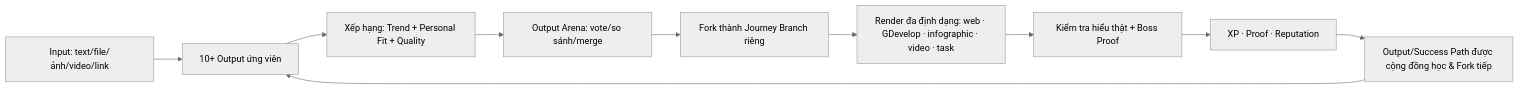
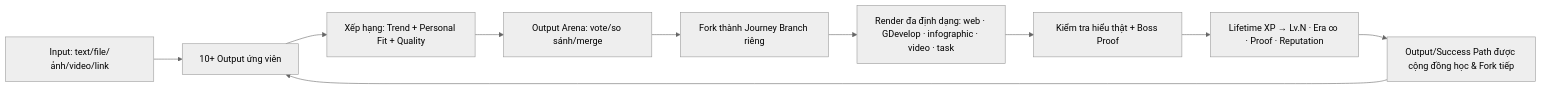
Before and after one commit to khanhlegood1/GDevelop: the diagram in branding/GON-GameOfNurture/07-Product-AI/GON-TRENDING-PERSONALIZED-OUTPUT-REQUIREMENTS.md, drawn with Mermaid (neutral theme). The commit also changed other lines of this file and 17 other files, not shown here.

````diff
--- a/branding/GON-GameOfNurture/07-Product-AI/GON-TRENDING-PERSONALIZED-OUTPUT-REQUIREMENTS.md
+++ b/branding/GON-GameOfNurture/07-Product-AI/GON-TRENDING-PERSONALIZED-OUTPUT-REQUIREMENTS.md
@@ -12,12 +12,12 @@
 ```mermaid
 flowchart LR
   A[Input: text/file/ảnh/video/link] --> B[10+ Output ứng viên]
   B --> C[Xếp hạng: Trend + Personal Fit + Quality]
   C --> D[Output Arena: vote/so sánh/merge]
   D --> E[Fork thành Journey Branch riêng]
   E --> F[Render đa định dạng: web · GDevelop · infographic · video · task]
   F --> G[Kiểm tra hiểu thật + Boss Proof]
-  G --> H[XP · Proof · Reputation]
+  G --> H[Lifetime XP → Lv.N · Era ∞ · Proof · Reputation]
   H --> I[Output/Success Path được cộng đồng học & Fork tiếp]
   I --> B
 ```
````
